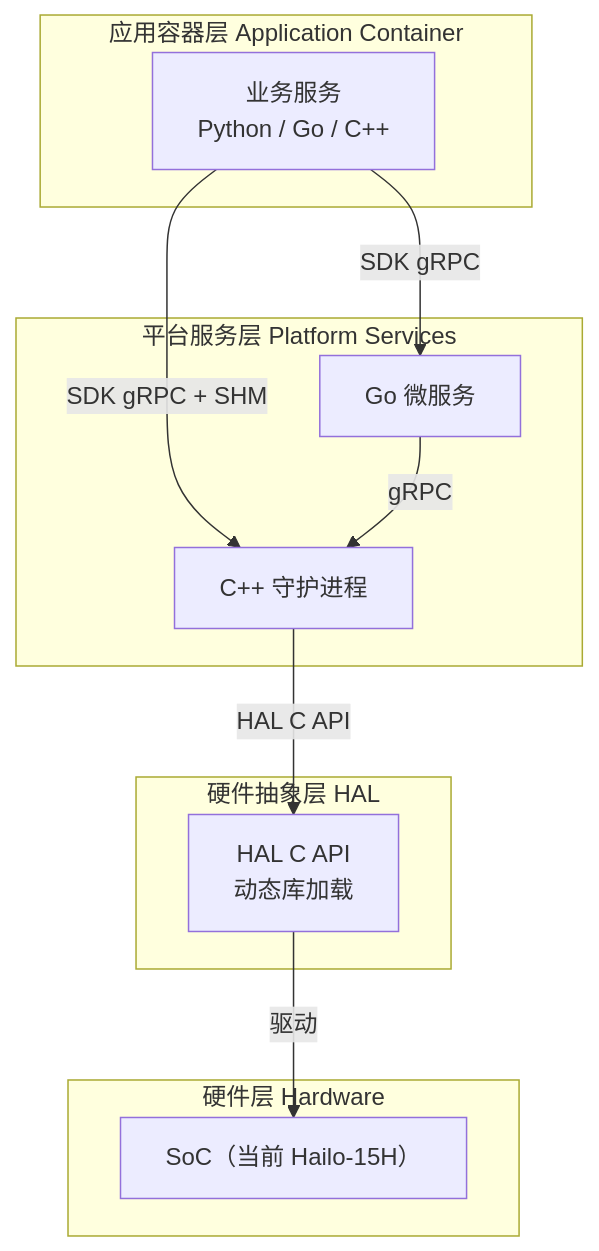
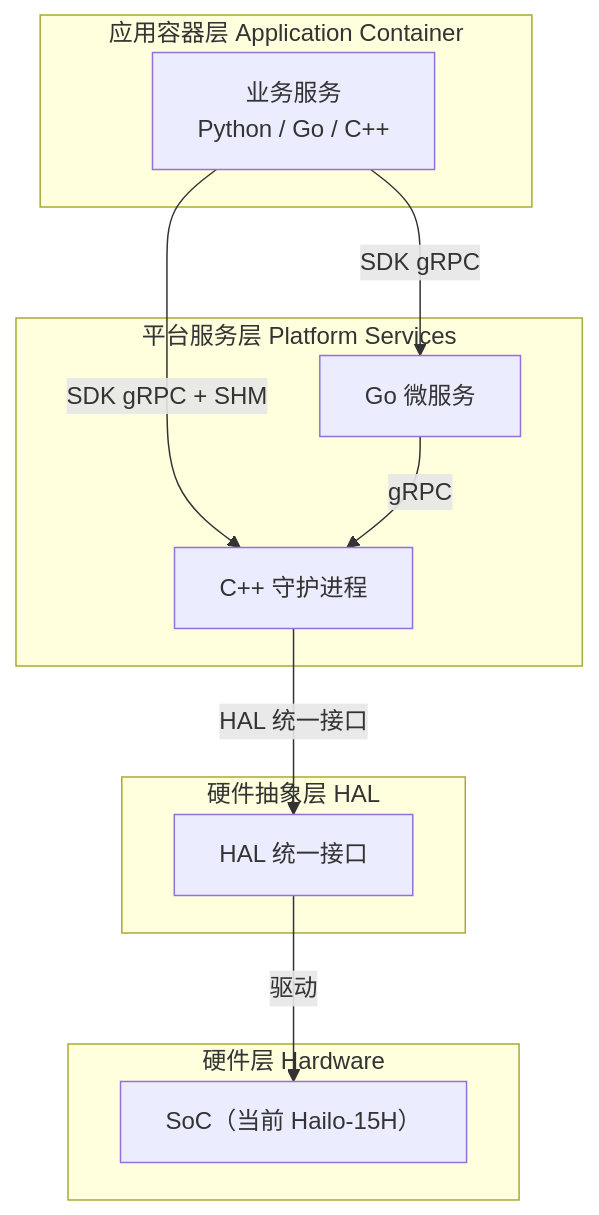
Before and after one commit to luommy/wiki-documents: the first of 4 diagrams in docs/6-neoeyes-ne503-series/3-software-guide/0-system-architecture.md, drawn with Mermaid. The commit also changed other lines of this file and 100 other files, not shown here.

````diff
--- a/docs/6-neoeyes-ne503-series/3-software-guide/0-system-architecture.md
+++ b/docs/6-neoeyes-ne503-series/3-software-guide/0-system-architecture.md
@@ -13,25 +13,25 @@
 ```mermaid
 graph TB
     subgraph "应用容器层 Application Container"
         APP["业务服务\nPython / Go / C++"]
     end
 
     subgraph "平台服务层 Platform Services"
         GO["Go 微服务"]
         CPP["C++ 守护进程"]
     end
 
     subgraph "硬件抽象层 HAL"
-        HAL["HAL C API\n动态库加载"]
+        HAL["HAL 统一接口"]
     end
 
     subgraph "硬件层 Hardware"
         SOC["SoC（当前 Hailo-15H）"]
     end
 
     APP -- "SDK gRPC" --> GO
     APP -- "SDK gRPC + SHM" --> CPP
     GO -- gRPC --> CPP
-    CPP -- "HAL C API" --> HAL
+    CPP -- "HAL 统一接口" --> HAL
     HAL -- 驱动 --> SOC
 ```
````
